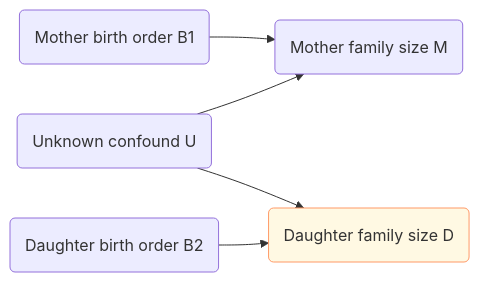
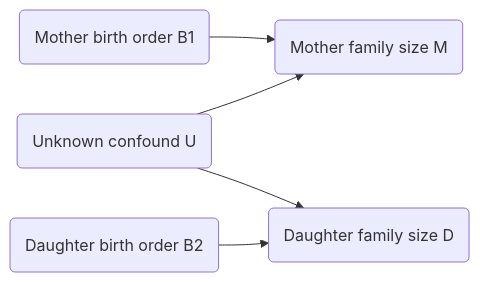
Before and after one commit to erikaduan/textbook_notes: the first of 7 diagrams in blog_posts/regression_richard_mcelreath.md, drawn with Mermaid. The commit also changed other lines of this file and 4 other files, not shown here.

````diff
--- a/blog_posts/regression_richard_mcelreath.md
+++ b/blog_posts/regression_richard_mcelreath.md
@@ -115,10 +117,8 @@
 ``` mermaid
 flowchart LR  
   A(Mother birth order B1) --> B(Mother family size M) 
   C(Unknown confound U) --> B 
   
   D(Daughter birth order B2) --> E(Daughter family size D) 
   C --> E
-  
-  style E fill:#Fff9e3,stroke:#f96
 ```
````
